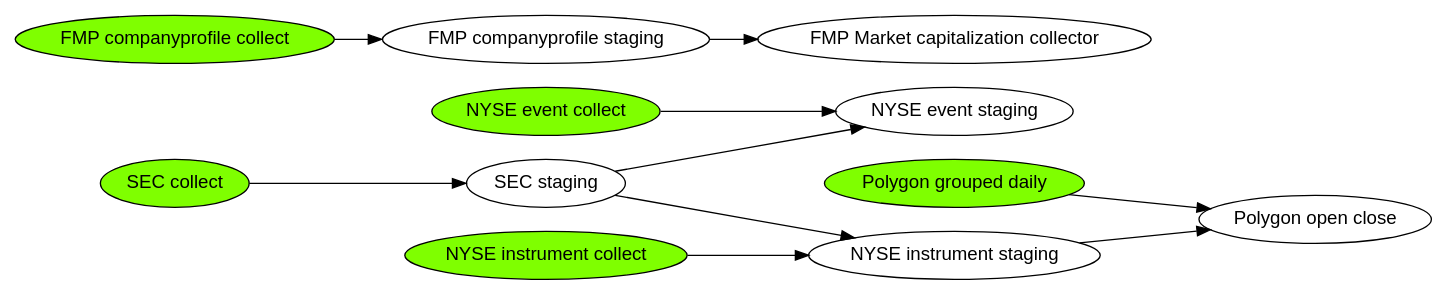
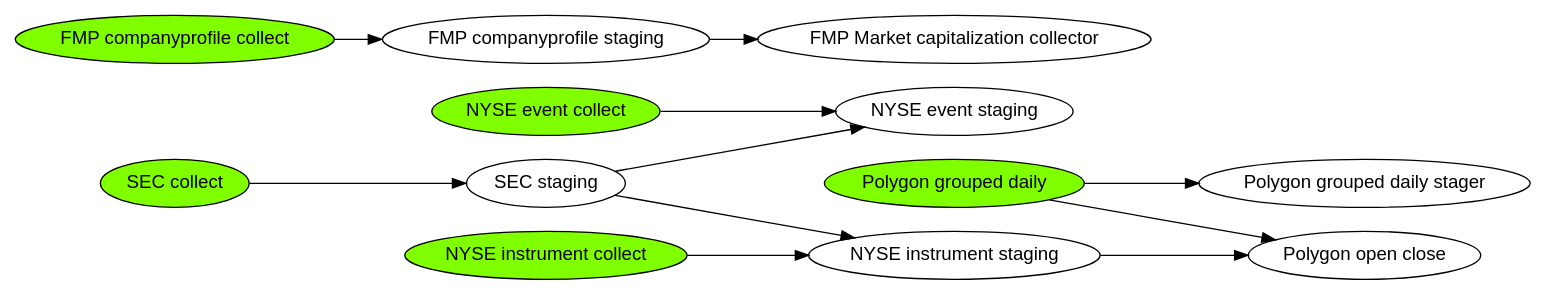
Before and after one commit to dtrosien/data-collector: the diagram in documentation/dependencies.dot, drawn with Graphviz. The commit also changed 16 other files, not shown here.

Commit message:
Add polygon grouped daily stager (#70)

```diff
--- a/documentation/dependencies.dot
+++ b/documentation/dependencies.dot
@@ -1,28 +1,30 @@
 digraph regexp { 
  fontname="Helvetica,Arial,sans-serif"
  node [fontname="Helvetica,Arial,sans-serif"]
  rankdir="LR";
  NyseEventsCollect      [label="NYSE event collect", style=filled, fillcolor=chartreuse];
  n1                     [label="NYSE event staging"];
  NyseInstrumentsCollect [label="NYSE instrument collect", style=filled, fillcolor=chartreuse];
  NyseInstrumentsStage   [label="NYSE instrument staging"];
  SecCompaniesCollect    [label="SEC collect", style=filled, fillcolor=chartreuse];
  SecCompaniesStage      [label="SEC staging"];
  PolygonGroupedDaily    [label="Polygon grouped daily", style=filled, fillcolor=chartreuse];
+ PolygonGroupedDailyStager [label="Polygon grouped daily stager"];
  PolygonOpenClose       [label="Polygon open close"];
  FinmodCompanyProfile   [label="FMP companyprofile collect" style=filled, fillcolor=chartreuse];
  FinmodCompanyProfileStage   [label="FMP companyprofile staging"];
  FinmodCompanyMarketCap [label="FMP Market capitalization collector"]
 
  NyseEventsCollect -> n1
  NyseInstrumentsCollect -> NyseInstrumentsStage
  SecCompaniesCollect -> SecCompaniesStage
  SecCompaniesStage -> NyseInstrumentsStage
  SecCompaniesStage -> n1
  PolygonGroupedDaily -> PolygonOpenClose
+ PolygonGroupedDaily -> PolygonGroupedDailyStager
  NyseInstrumentsStage -> PolygonOpenClose
  FinmodCompanyProfile -> FinmodCompanyProfileStage
  FinmodCompanyProfileStage -> FinmodCompanyMarketCap
  }
 //sudo apt install graphviz
 //dot -Tsvg dependencies.dot > output.svg
```
